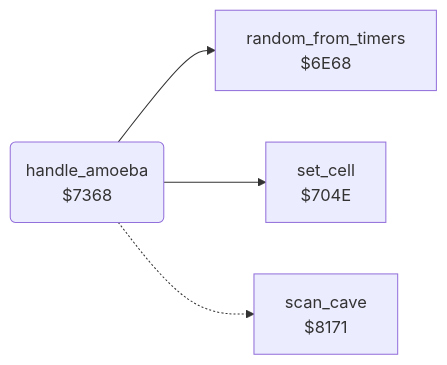
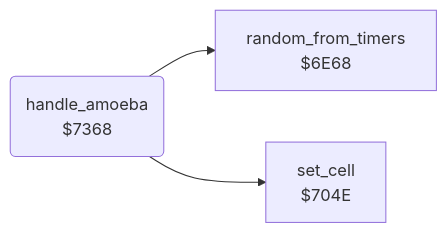
The diagram in boulder_dash/v2/docs/reference/modules/engine/amoeba.md (henols/c64_games), drawn with Mermaid before and after one commit. The commit also changed other lines of this file and 1100 other files, not shown here.

````diff
--- a/boulder_dash/v2/docs/reference/modules/engine/amoeba.md
+++ b/boulder_dash/v2/docs/reference/modules/engine/amoeba.md
@@ -10,10 +22,8 @@
 ```mermaid
 flowchart LR
   n6e68["random_from_timers<br/>$6E68"]
   n704e["set_cell<br/>$704E"]
   n7368("handle_amoeba<br/>$7368")
-  n8171["scan_cave<br/>$8171"]
   n7368 --> n6e68
   n7368 --> n704e
-  n7368 -.-> n8171
 ```
````
